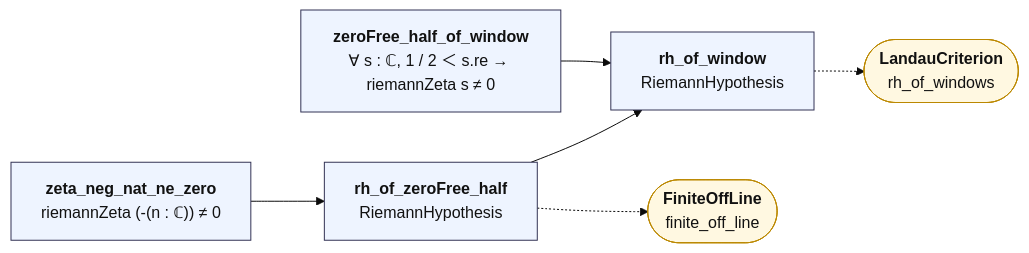
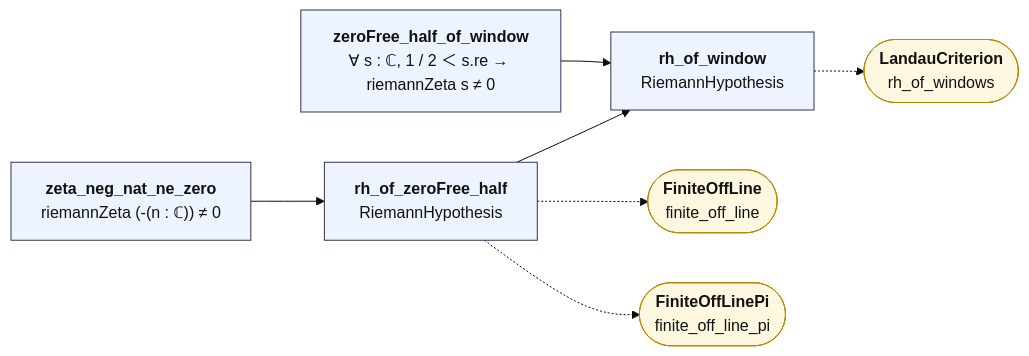
The diagram in map/lean_stage3/LandauWindow.md (juliansambranojr/Primebeat_081426), drawn with Mermaid (base theme) before and after one commit. The commit also changed other lines of this file and 44 other files, not shown here.

First line of the commit message:
J10e: finitely many zeros off the line, on the prime count at the doublings (unit 0445)

````diff
--- a/map/lean_stage3/LandauWindow.md
+++ b/map/lean_stage3/LandauWindow.md
@@ -12,22 +12,24 @@
 ```mermaid
 flowchart LR
   n0["<b>zeta_neg_nat_ne_zero</b><br/>riemannZeta (-(n : ℂ)) ≠ 0"]:::thm
   n1["<b>rh_of_zeroFree_half</b><br/>RiemannHypothesis"]:::thm
   n2["<b>zeroFree_half_of_window</b><br/>∀ s : ℂ, 1 / 2 ＜ s.re → riemannZeta s ≠ 0"]:::thm
   n3["<b>rh_of_window</b><br/>RiemannHypothesis"]:::thm
   x0(["<b>FiniteOffLine</b><br/>finite_off_line"]):::ext
-  x1(["<b>LandauCriterion</b><br/>rh_of_windows"]):::ext
+  x1(["<b>FiniteOffLinePi</b><br/>finite_off_line_pi"]):::ext
+  x2(["<b>LandauCriterion</b><br/>rh_of_windows"]):::ext
   n0 --> n1
   n1 --> n3
   n2 --> n3
   n1 -.-> x0
-  n3 -.-> x1
+  n1 -.-> x1
+  n3 -.-> x2
   classDef cnt fill:#dff5ec,stroke:#17694a,color:#111
   classDef shp fill:#f1ecfb,stroke:#5b3fa0,color:#111
   classDef rh fill:#ffe5e5,stroke:#c22,color:#111,stroke-width:2px
   classDef thm fill:#eef4ff,stroke:#335,color:#111
   classDef end_ fill:#e7f7e7,stroke:#2a7,color:#111,stroke-width:2px
   classDef lone fill:#fff,stroke:#999,color:#111,stroke-dasharray:4 3
   classDef bad fill:#ffe5e5,stroke:#c22,color:#111,stroke-width:2px
   classDef ext fill:#fff8e1,stroke:#b80,color:#111
 ```
````
